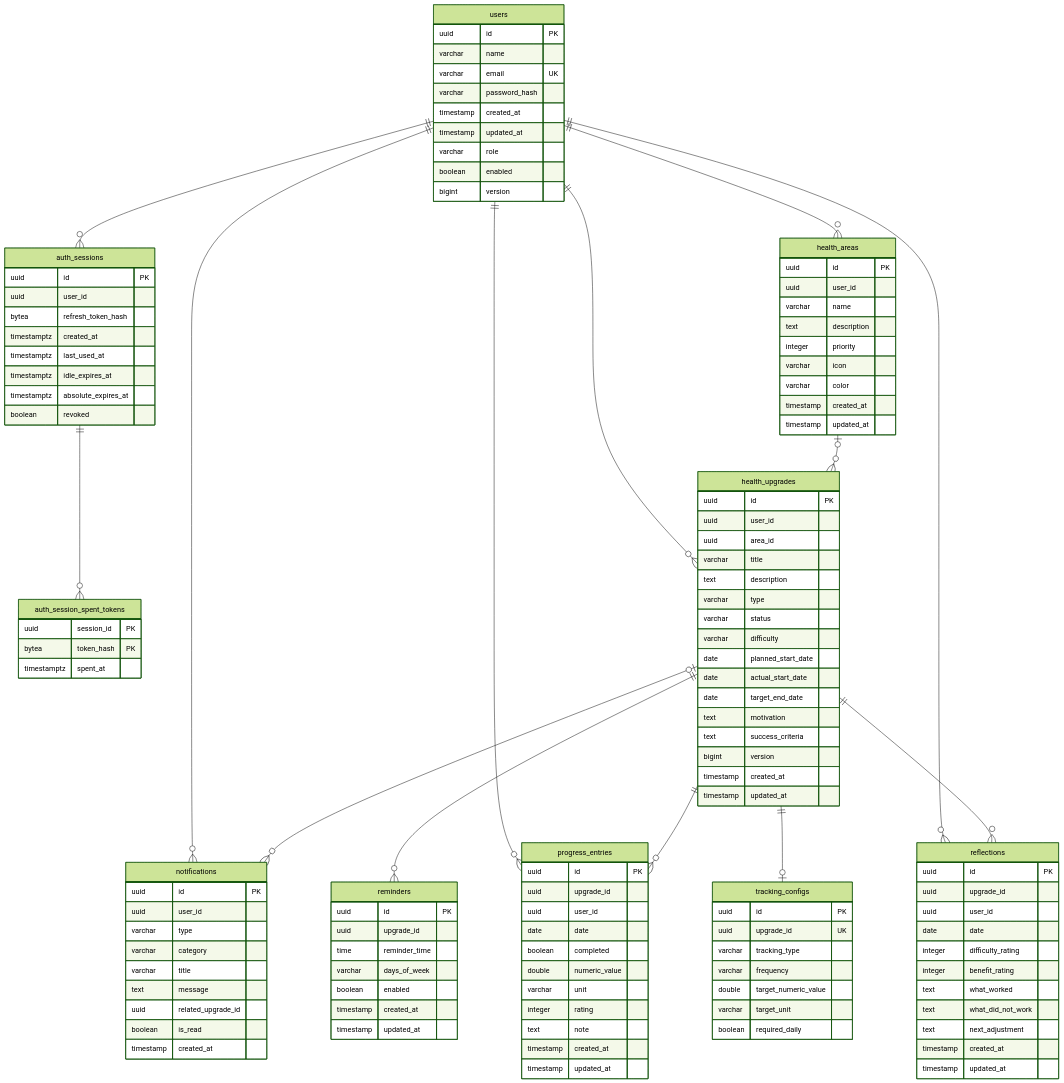
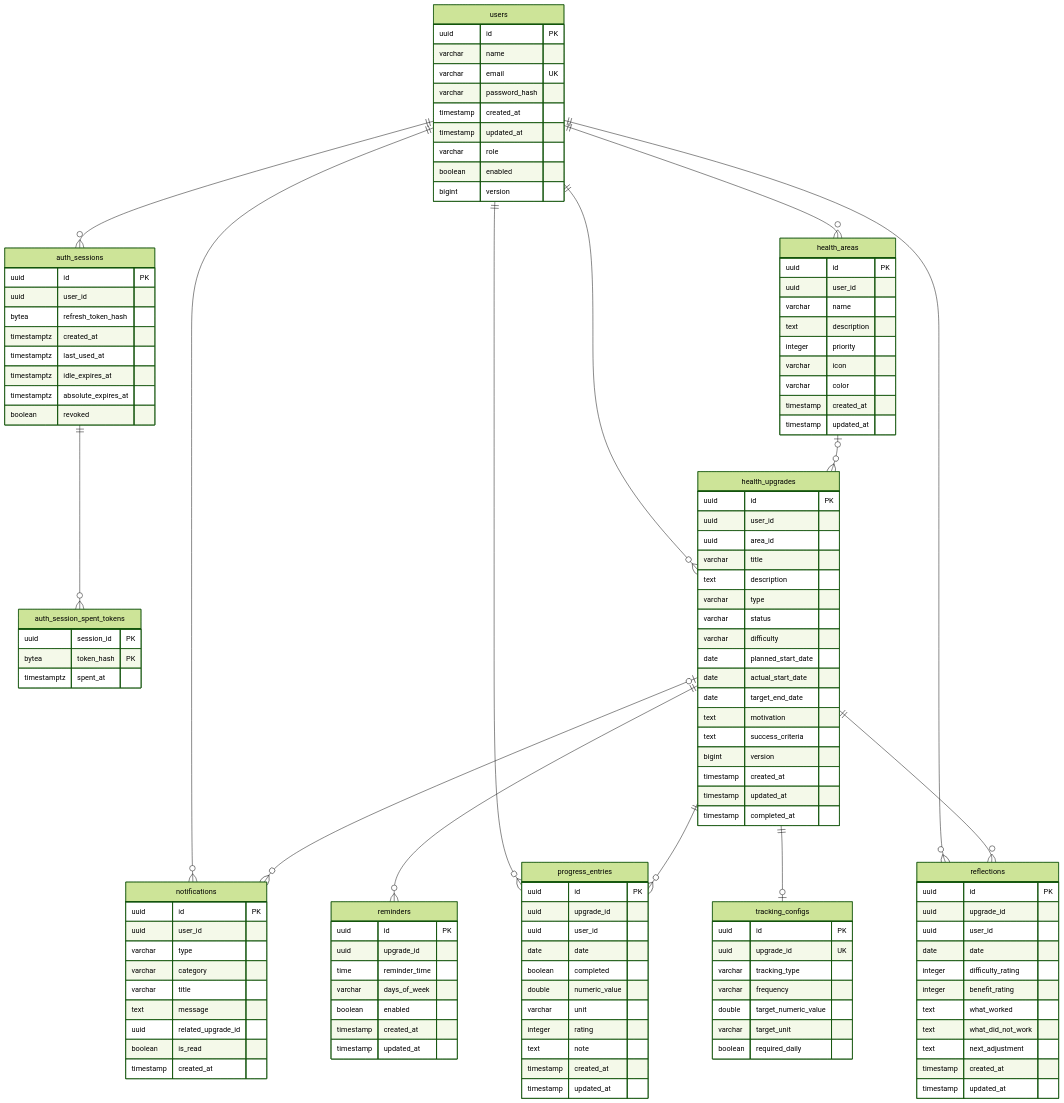
One commit to NaimElijah/UpHealther changed the seventh of 7 diagrams in docs/architecture/arch-diagrams/README.md. Above: the diagram before and after it, drawn with Mermaid (forest theme). The commit also changed 12 other files, not shown here.

```diff
--- a/docs/architecture/arch-diagrams/README.md
+++ b/docs/architecture/arch-diagrams/README.md
@@ -507,6 +507,7 @@
         bigint version
         timestamp created_at
         timestamp updated_at
+        timestamp completed_at
     }
     tracking_configs {
         uuid id PK
```
